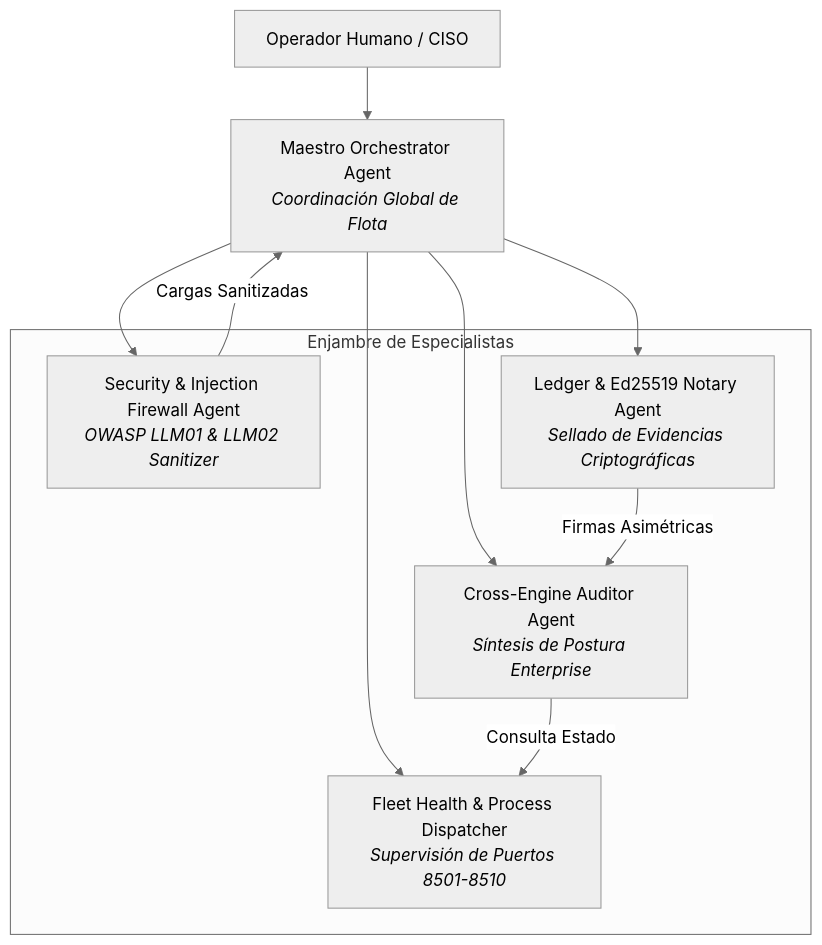
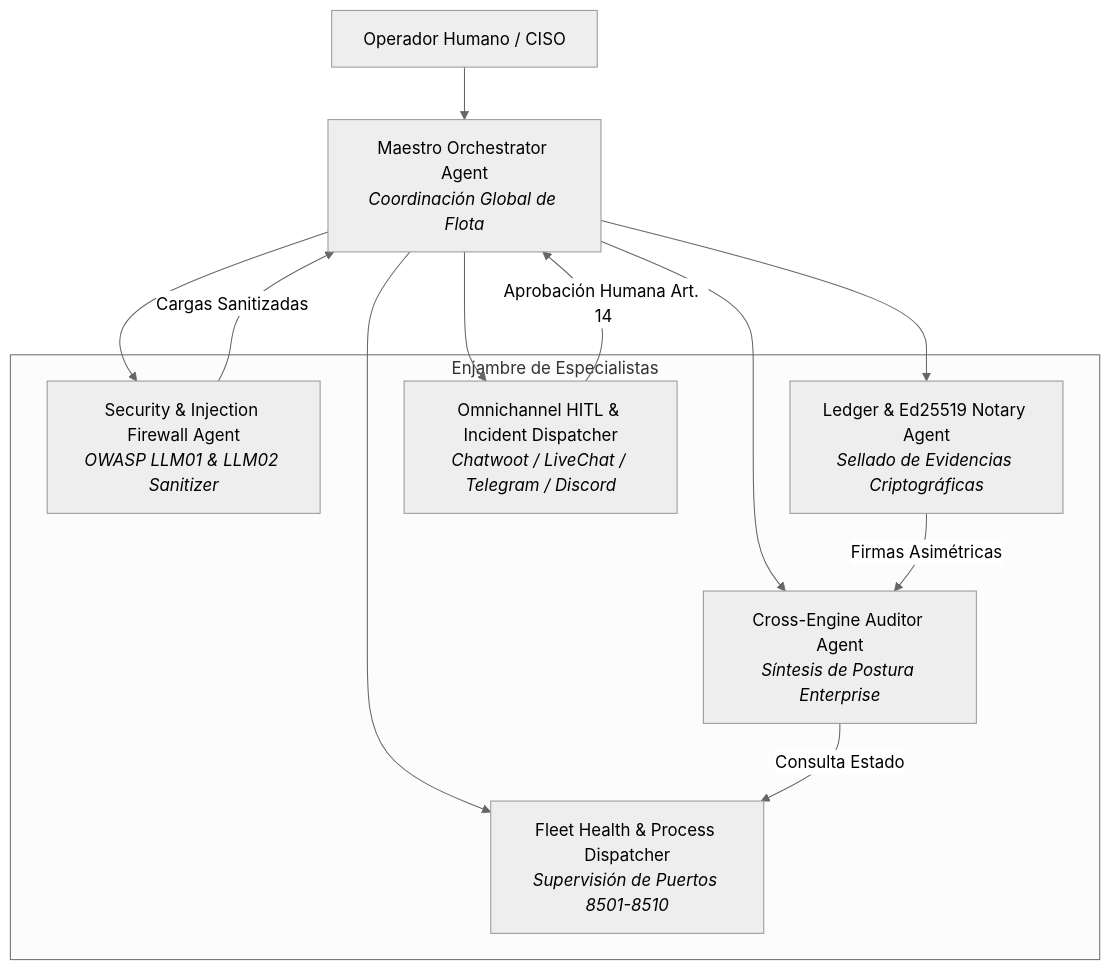
The diagram in QGRADE_OS Iwan reference/AGENTS.md (Tardigrado-76/Capgemini), drawn with Mermaid (neutral theme) before and after one commit. The commit also changed other lines of this file and 10 other files, not shown here.

````diff
--- a/QGRADE_OS Iwan reference/AGENTS.md
+++ b/QGRADE_OS Iwan reference/AGENTS.md
@@ -14,20 +12,23 @@
 ```mermaid
 graph TD
     User["Operador Humano / CISO"] --> Maestro["Maestro Orchestrator Agent<br/><i>Coordinación Global de Flota</i>"]
     
     subgraph Swarm ["Enjambre de Especialistas"]
         Sentinel["Security & Injection Firewall Agent<br/><i>OWASP LLM01 & LLM02 Sanitizer</i>"]
         Auditor["Cross-Engine Auditor Agent<br/><i>Síntesis de Postura Enterprise</i>"]
         Crypto["Ledger & Ed25519 Notary Agent<br/><i>Sellado de Evidencias Criptográficas</i>"]
         Dispatcher["Fleet Health & Process Dispatcher<br/><i>Supervisión de Puertos 8501-8510</i>"]
+        HITL["Omnichannel HITL & Incident Dispatcher<br/><i>Chatwoot / LiveChat / Telegram / Discord</i>"]
     end
 
     Maestro --> Sentinel
     Maestro --> Auditor
     Maestro --> Crypto
     Maestro --> Dispatcher
+    Maestro --> HITL
 
     Auditor -->|Consulta Estado| Dispatcher
     Sentinel -->|Cargas Sanitizadas| Maestro
     Crypto -->|Firmas Asimétricas| Auditor
+    HITL -->|Aprobación Humana Art. 14| Maestro
 ```
````
